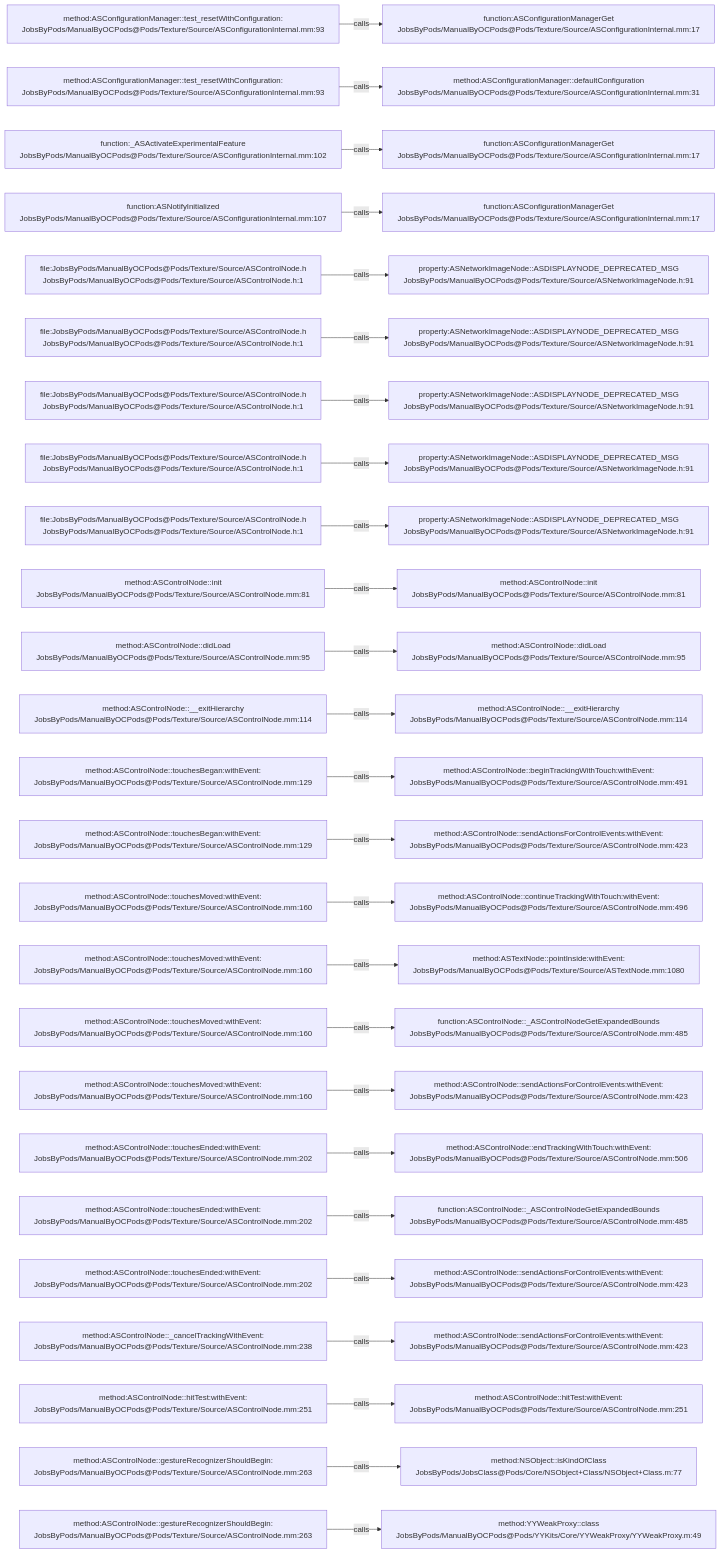
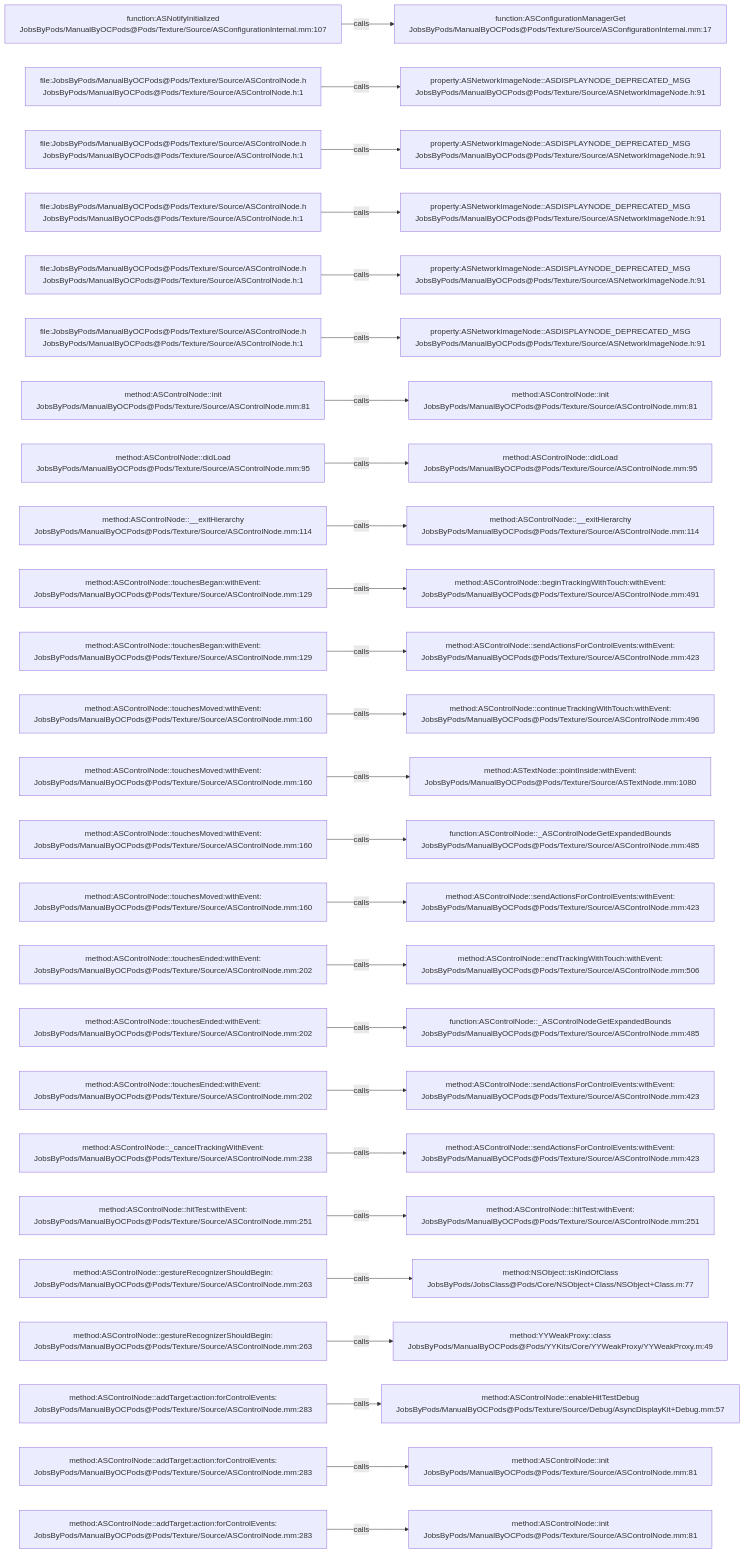
Before and after one commit to JobsKits/JobsOCBaseConfigDemo: the diagram in .codegraph/codegraph.md/graphs/calls-088.md, drawn with Mermaid. The commit also changed 342 other files, not shown here.

````diff
--- a/.codegraph/codegraph.md/graphs/calls-088.md
+++ b/.codegraph/codegraph.md/graphs/calls-088.md
@@ -13,78 +13,78 @@
 ```mermaid
 flowchart LR
-  S1["method:ASConfigurationManager::test_resetWithConfiguration:<br/>JobsByPods/ManualByOCPods@Pods/Texture/Source/ASConfigurationInternal.mm:93"]
+  S1["function:ASNotifyInitialized<br/>JobsByPods/ManualByOCPods@Pods/Texture/Source/ASConfigurationInternal.mm:107"]
   T1["function:ASConfigurationManagerGet<br/>JobsByPods/ManualByOCPods@Pods/Texture/Source/ASConfigurationInternal.mm:17"]
   S1 -->|calls| T1
-  S2["method:ASConfigurationManager::test_resetWithConfiguration:<br/>JobsByPods/ManualByOCPods@Pods/Texture/Source/ASConfigurationInternal.mm:93"]
-  T2["method:ASConfigurationManager::defaultConfiguration<br/>JobsByPods/ManualByOCPods@Pods/Texture/Source/ASConfigurationInternal.mm:31"]
+  S2["file:JobsByPods/ManualByOCPods@Pods/Texture/Source/ASControlNode.h<br/>JobsByPods/ManualByOCPods@Pods/Texture/Source/ASControlNode.h:1"]
+  T2["property:ASNetworkImageNode::ASDISPLAYNODE_DEPRECATED_MSG<br/>JobsByPods/ManualByOCPods@Pods/Texture/Source/ASNetworkImageNode.h:91"]
   S2 -->|calls| T2
-  S3["function:_ASActivateExperimentalFeature<br/>JobsByPods/ManualByOCPods@Pods/Texture/Source/ASConfigurationInternal.mm:102"]
-  T3["function:ASConfigurationManagerGet<br/>JobsByPods/ManualByOCPods@Pods/Texture/Source/ASConfigurationInternal.mm:17"]
+  S3["file:JobsByPods/ManualByOCPods@Pods/Texture/Source/ASControlNode.h<br/>JobsByPods/ManualByOCPods@Pods/Texture/Source/ASControlNode.h:1"]
+  T3["property:ASNetworkImageNode::ASDISPLAYNODE_DEPRECATED_MSG<br/>JobsByPods/ManualByOCPods@Pods/Texture/Source/ASNetworkImageNode.h:91"]
   S3 -->|calls| T3
-  S4["function:ASNotifyInitialized<br/>JobsByPods/ManualByOCPods@Pods/Texture/Source/ASConfigurationInternal.mm:107"]
-  T4["function:ASConfigurationManagerGet<br/>JobsByPods/ManualByOCPods@Pods/Texture/Source/ASConfigurationInternal.mm:17"]
+  S4["file:JobsByPods/ManualByOCPods@Pods/Texture/Source/ASControlNode.h<br/>JobsByPods/ManualByOCPods@Pods/Texture/Source/ASControlNode.h:1"]
+  T4["property:ASNetworkImageNode::ASDISPLAYNODE_DEPRECATED_MSG<br/>JobsByPods/ManualByOCPods@Pods/Texture/Source/ASNetworkImageNode.h:91"]
   S4 -->|calls| T4
   S5["file:JobsByPods/ManualByOCPods@Pods/Texture/Source/ASControlNode.h<br/>JobsByPods/ManualByOCPods@Pods/Texture/Source/ASControlNode.h:1"]
   T5["property:ASNetworkImageNode::ASDISPLAYNODE_DEPRECATED_MSG<br/>JobsByPods/ManualByOCPods@Pods/Texture/Source/ASNetworkImageNode.h:91"]
   S5 -->|calls| T5
   S6["file:JobsByPods/ManualByOCPods@Pods/Texture/Source/ASControlNode.h<br/>JobsByPods/ManualByOCPods@Pods/Texture/Source/ASControlNode.h:1"]
   T6["property:ASNetworkImageNode::ASDISPLAYNODE_DEPRECATED_MSG<br/>JobsByPods/ManualByOCPods@Pods/Texture/Source/ASNetworkImageNode.h:91"]
   S6 -->|calls| T6
-  S7["file:JobsByPods/ManualByOCPods@Pods/Texture/Source/ASControlNode.h<br/>JobsByPods/ManualByOCPods@Pods/Texture/Source/ASControlNode.h:1"]
-  T7["property:ASNetworkImageNode::ASDISPLAYNODE_DEPRECATED_MSG<br/>JobsByPods/ManualByOCPods@Pods/Texture/Source/ASNetworkImageNode.h:91"]
+  S7["method:ASControlNode::init<br/>JobsByPods/ManualByOCPods@Pods/Texture/Source/ASControlNode.mm:81"]
+  T7["method:ASControlNode::init<br/>JobsByPods/ManualByOCPods@Pods/Texture/Source/ASControlNode.mm:81"]
   S7 -->|calls| T7
-  S8["file:JobsByPods/ManualByOCPods@Pods/Texture/Source/ASControlNode.h<br/>JobsByPods/ManualByOCPods@Pods/Texture/Source/ASControlNode.h:1"]
-  T8["property:ASNetworkImageNode::ASDISPLAYNODE_DEPRECATED_MSG<br/>JobsByPods/ManualByOCPods@Pods/Texture/Source/ASNetworkImageNode.h:91"]
+  S8["method:ASControlNode::didLoad<br/>JobsByPods/ManualByOCPods@Pods/Texture/Source/ASControlNode.mm:95"]
+  T8["method:ASControlNode::didLoad<br/>JobsByPods/ManualByOCPods@Pods/Texture/Source/ASControlNode.mm:95"]
   S8 -->|calls| T8
-  S9["file:JobsByPods/ManualByOCPods@Pods/Texture/Source/ASControlNode.h<br/>JobsByPods/ManualByOCPods@Pods/Texture/Source/ASControlNode.h:1"]
-  T9["property:ASNetworkImageNode::ASDISPLAYNODE_DEPRECATED_MSG<br/>JobsByPods/ManualByOCPods@Pods/Texture/Source/ASNetworkImageNode.h:91"]
+  S9["method:ASControlNode::__exitHierarchy<br/>JobsByPods/ManualByOCPods@Pods/Texture/Source/ASControlNode.mm:114"]
+  T9["method:ASControlNode::__exitHierarchy<br/>JobsByPods/ManualByOCPods@Pods/Texture/Source/ASControlNode.mm:114"]
   S9 -->|calls| T9
-  S10["method:ASControlNode::init<br/>JobsByPods/ManualByOCPods@Pods/Texture/Source/ASControlNode.mm:81"]
-  T10["method:ASControlNode::init<br/>JobsByPods/ManualByOCPods@Pods/Texture/Source/ASControlNode.mm:81"]
+  S10["method:ASControlNode::touchesBegan:withEvent:<br/>JobsByPods/ManualByOCPods@Pods/Texture/Source/ASControlNode.mm:129"]
+  T10["method:ASControlNode::beginTrackingWithTouch:withEvent:<br/>JobsByPods/ManualByOCPods@Pods/Texture/Source/ASControlNode.mm:491"]
   S10 -->|calls| T10
-  S11["method:ASControlNode::didLoad<br/>JobsByPods/ManualByOCPods@Pods/Texture/Source/ASControlNode.mm:95"]
-  T11["method:ASControlNode::didLoad<br/>JobsByPods/ManualByOCPods@Pods/Texture/Source/ASControlNode.mm:95"]
+  S11["method:ASControlNode::touchesBegan:withEvent:<br/>JobsByPods/ManualByOCPods@Pods/Texture/Source/ASControlNode.mm:129"]
+  T11["method:ASControlNode::sendActionsForControlEvents:withEvent:<br/>JobsByPods/ManualByOCPods@Pods/Texture/Source/ASControlNode.mm:423"]
   S11 -->|calls| T11
-  S12["method:ASControlNode::__exitHierarchy<br/>JobsByPods/ManualByOCPods@Pods/Texture/Source/ASControlNode.mm:114"]
-  T12["method:ASControlNode::__exitHierarchy<br/>JobsByPods/ManualByOCPods@Pods/Texture/Source/ASControlNode.mm:114"]
+  S12["method:ASControlNode::touchesMoved:withEvent:<br/>JobsByPods/ManualByOCPods@Pods/Texture/Source/ASControlNode.mm:160"]
+  T12["method:ASControlNode::continueTrackingWithTouch:withEvent:<br/>JobsByPods/ManualByOCPods@Pods/Texture/Source/ASControlNode.mm:496"]
   S12 -->|calls| T12
-  S13["method:ASControlNode::touchesBegan:withEvent:<br/>JobsByPods/ManualByOCPods@Pods/Texture/Source/ASControlNode.mm:129"]
-  T13["method:ASControlNode::beginTrackingWithTouch:withEvent:<br/>JobsByPods/ManualByOCPods@Pods/Texture/Source/ASControlNode.mm:491"]
+  S13["method:ASControlNode::touchesMoved:withEvent:<br/>JobsByPods/ManualByOCPods@Pods/Texture/Source/ASControlNode.mm:160"]
+  T13["method:ASTextNode::pointInside:withEvent:<br/>JobsByPods/ManualByOCPods@Pods/Texture/Source/ASTextNode.mm:1080"]
   S13 -->|calls| T13
-  S14["method:ASControlNode::touchesBegan:withEvent:<br/>JobsByPods/ManualByOCPods@Pods/Texture/Source/ASControlNode.mm:129"]
-  T14["method:ASControlNode::sendActionsForControlEvents:withEvent:<br/>JobsByPods/ManualByOCPods@Pods/Texture/Source/ASControlNode.mm:423"]
+  S14["method:ASControlNode::touchesMoved:withEvent:<br/>JobsByPods/ManualByOCPods@Pods/Texture/Source/ASControlNode.mm:160"]
+  T14["function:ASControlNode::_ASControlNodeGetExpandedBounds<br/>JobsByPods/ManualByOCPods@Pods/Texture/Source/ASControlNode.mm:485"]
   S14 -->|calls| T14
   S15["method:ASControlNode::touchesMoved:withEvent:<br/>JobsByPods/ManualByOCPods@Pods/Texture/Source/ASControlNode.mm:160"]
-  T15["method:ASControlNode::continueTrackingWithTouch:withEvent:<br/>JobsByPods/ManualByOCPods@Pods/Texture/Source/ASControlNode.mm:496"]
+  T15["method:ASControlNode::sendActionsForControlEvents:withEvent:<br/>JobsByPods/ManualByOCPods@Pods/Texture/Source/ASControlNode.mm:423"]
   S15 -->|calls| T15
-  S16["method:ASControlNode::touchesMoved:withEvent:<br/>JobsByPods/ManualByOCPods@Pods/Texture/Source/ASControlNode.mm:160"]
-  T16["method:ASTextNode::pointInside:withEvent:<br/>JobsByPods/ManualByOCPods@Pods/Texture/Source/ASTextNode.mm:1080"]
+  S16["method:ASControlNode::touchesEnded:withEvent:<br/>JobsByPods/ManualByOCPods@Pods/Texture/Source/ASControlNode.mm:202"]
+  T16["method:ASControlNode::endTrackingWithTouch:withEvent:<br/>JobsByPods/ManualByOCPods@Pods/Texture/Source/ASControlNode.mm:506"]
   S16 -->|calls| T16
-  S17["method:ASControlNode::touchesMoved:withEvent:<br/>JobsByPods/ManualByOCPods@Pods/Texture/Source/ASControlNode.mm:160"]
+  S17["method:ASControlNode::touchesEnded:withEvent:<br/>JobsByPods/ManualByOCPods@Pods/Texture/Source/ASControlNode.mm:202"]
   T17["function:ASControlNode::_ASControlNodeGetExpandedBounds<br/>JobsByPods/ManualByOCPods@Pods/Texture/Source/ASControlNode.mm:485"]
   S17 -->|calls| T17
-  S18["method:ASControlNode::touchesMoved:withEvent:<br/>JobsByPods/ManualByOCPods@Pods/Texture/Source/ASControlNode.mm:160"]
+  S18["method:ASControlNode::touchesEnded:withEvent:<br/>JobsByPods/ManualByOCPods@Pods/Texture/Source/ASControlNode.mm:202"]
   T18["method:ASControlNode::sendActionsForControlEvents:withEvent:<br/>JobsByPods/ManualByOCPods@Pods/Texture/Source/ASControlNode.mm:423"]
   S18 -->|calls| T18
-  S19["method:ASControlNode::touchesEnded:withEvent:<br/>JobsByPods/ManualByOCPods@Pods/Texture/Source/ASControlNode.mm:202"]
-  T19["method:ASControlNode::endTrackingWithTouch:withEvent:<br/>JobsByPods/ManualByOCPods@Pods/Texture/Source/ASControlNode.mm:506"]
+  S19["method:ASControlNode::_cancelTrackingWithEvent:<br/>JobsByPods/ManualByOCPods@Pods/Texture/Source/ASControlNode.mm:238"]
+  T19["method:ASControlNode::sendActionsForControlEvents:withEvent:<br/>JobsByPods/ManualByOCPods@Pods/Texture/Source/ASControlNode.mm:423"]
   S19 -->|calls| T19
-  S20["method:ASControlNode::touchesEnded:withEvent:<br/>JobsByPods/ManualByOCPods@Pods/Texture/Source/ASControlNode.mm:202"]
-  T20["function:ASControlNode::_ASControlNodeGetExpandedBounds<br/>JobsByPods/ManualByOCPods@Pods/Texture/Source/ASControlNode.mm:485"]
+  S20["method:ASControlNode::hitTest:withEvent:<br/>JobsByPods/ManualByOCPods@Pods/Texture/Source/ASControlNode.mm:251"]
+  T20["method:ASControlNode::hitTest:withEvent:<br/>JobsByPods/ManualByOCPods@Pods/Texture/Source/ASControlNode.mm:251"]
   S20 -->|calls| T20
-  S21["method:ASControlNode::touchesEnded:withEvent:<br/>JobsByPods/ManualByOCPods@Pods/Texture/Source/ASControlNode.mm:202"]
-  T21["method:ASControlNode::sendActionsForControlEvents:withEvent:<br/>JobsByPods/ManualByOCPods@Pods/Texture/Source/ASControlNode.mm:423"]
+  S21["method:ASControlNode::gestureRecognizerShouldBegin:<br/>JobsByPods/ManualByOCPods@Pods/Texture/Source/ASControlNode.mm:263"]
+  T21["method:NSObject::isKindOfClass<br/>JobsByPods/JobsClass@Pods/Core/NSObject+Class/NSObject+Class.m:77"]
   S21 -->|calls| T21
-  S22["method:ASControlNode::_cancelTrackingWithEvent:<br/>JobsByPods/ManualByOCPods@Pods/Texture/Source/ASControlNode.mm:238"]
-  T22["method:ASControlNode::sendActionsForControlEvents:withEvent:<br/>JobsByPods/ManualByOCPods@Pods/Texture/Source/ASControlNode.mm:423"]
+  S22["method:ASControlNode::gestureRecognizerShouldBegin:<br/>JobsByPods/ManualByOCPods@Pods/Texture/Source/ASControlNode.mm:263"]
+  T22["method:YYWeakProxy::class<br/>JobsByPods/ManualByOCPods@Pods/YYKits/Core/YYWeakProxy/YYWeakProxy.m:49"]
   S22 -->|calls| T22
-  S23["method:ASControlNode::hitTest:withEvent:<br/>JobsByPods/ManualByOCPods@Pods/Texture/Source/ASControlNode.mm:251"]
-  T23["method:ASControlNode::hitTest:withEvent:<br/>JobsByPods/ManualByOCPods@Pods/Texture/Source/ASControlNode.mm:251"]
+  S23["method:ASControlNode::addTarget:action:forControlEvents:<br/>JobsByPods/ManualByOCPods@Pods/Texture/Source/ASControlNode.mm:283"]
+  T23["method:ASControlNode::enableHitTestDebug<br/>JobsByPods/ManualByOCPods@Pods/Texture/Source/Debug/AsyncDisplayKit+Debug.mm:57"]
   S23 -->|calls| T23
-  S24["method:ASControlNode::gestureRecognizerShouldBegin:<br/>JobsByPods/ManualByOCPods@Pods/Texture/Source/ASControlNode.mm:263"]
-  T24["method:NSObject::isKindOfClass<br/>JobsByPods/JobsClass@Pods/Core/NSObject+Class/NSObject+Class.m:77"]
+  S24["method:ASControlNode::addTarget:action:forControlEvents:<br/>JobsByPods/ManualByOCPods@Pods/Texture/Source/ASControlNode.mm:283"]
+  T24["method:ASControlNode::init<br/>JobsByPods/ManualByOCPods@Pods/Texture/Source/ASControlNode.mm:81"]
   S24 -->|calls| T24
-  S25["method:ASControlNode::gestureRecognizerShouldBegin:<br/>JobsByPods/ManualByOCPods@Pods/Texture/Source/ASControlNode.mm:263"]
-  T25["method:YYWeakProxy::class<br/>JobsByPods/ManualByOCPods@Pods/YYKits/Core/YYWeakProxy/YYWeakProxy.m:49"]
+  S25["method:ASControlNode::addTarget:action:forControlEvents:<br/>JobsByPods/ManualByOCPods@Pods/Texture/Source/ASControlNode.mm:283"]
+  T25["method:ASControlNode::init<br/>JobsByPods/ManualByOCPods@Pods/Texture/Source/ASControlNode.mm:81"]
   S25 -->|calls| T25
 ```
````
